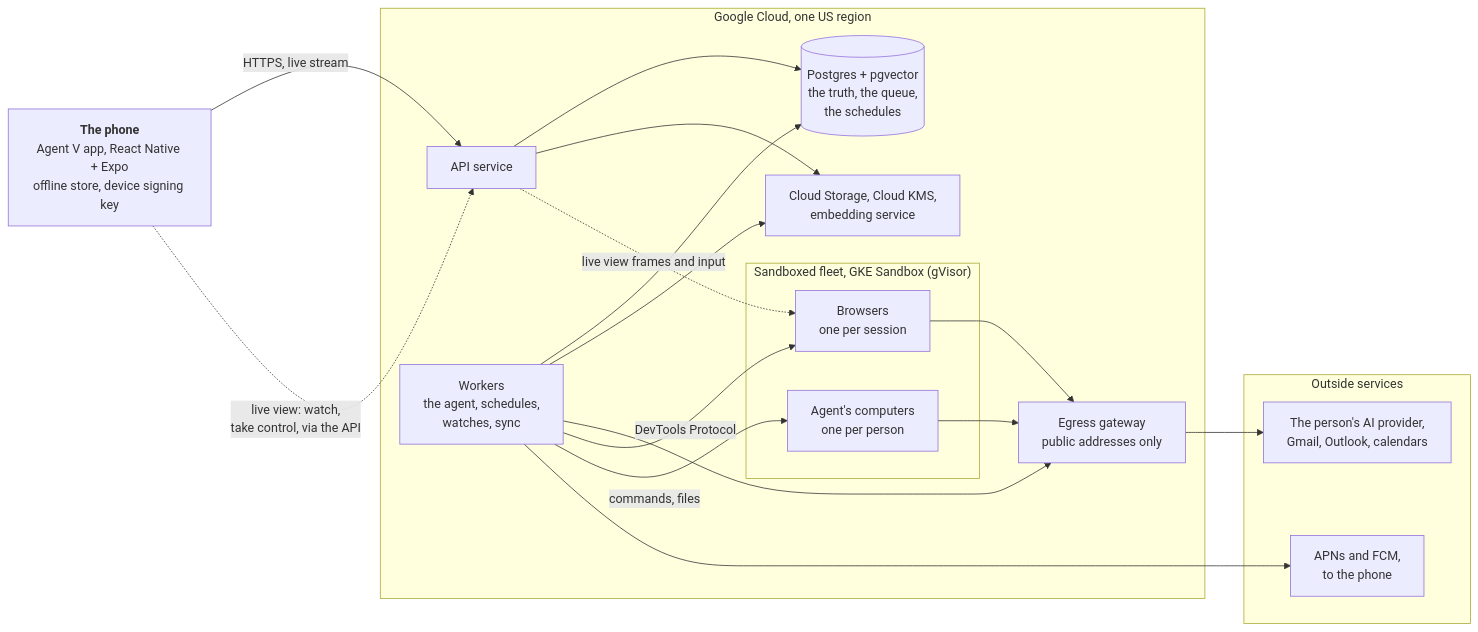
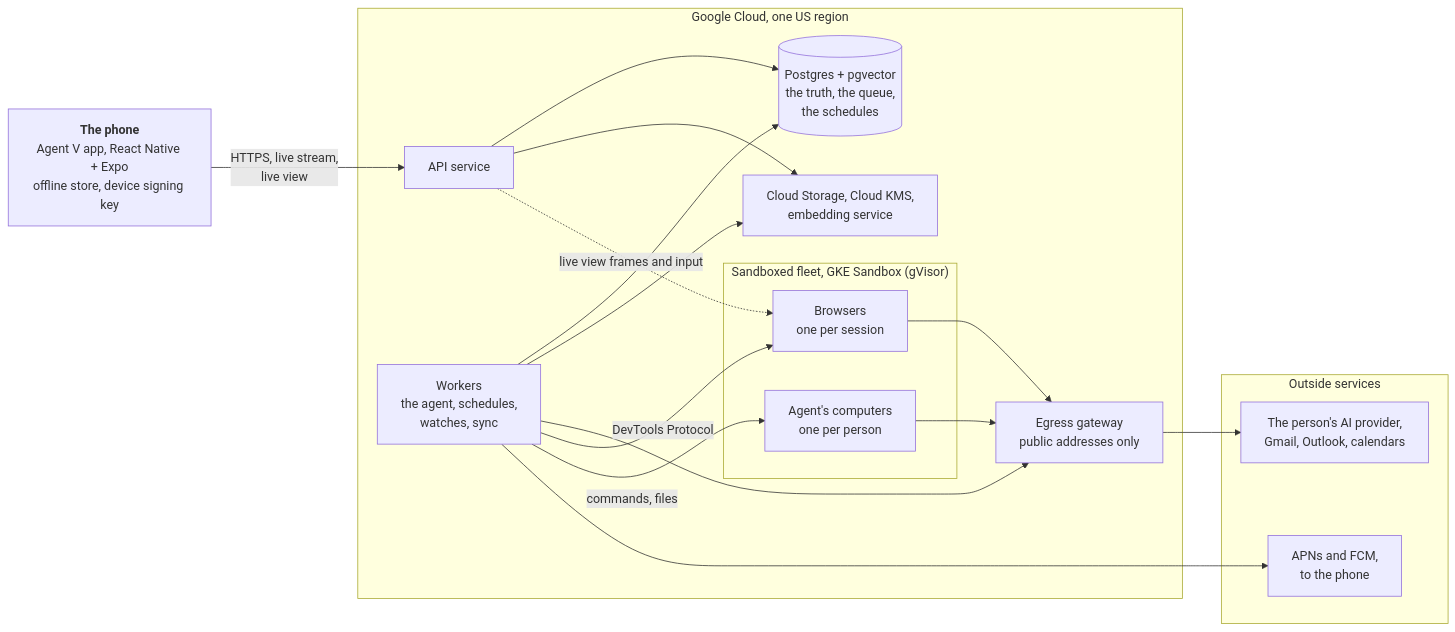
The diagram in docs/design/06-technical-design.md (vyotiqai/agent-v), drawn with Mermaid before and after one commit. The commit also changed other lines of this file and 7 other files, not shown here.

````diff
--- a/docs/design/06-technical-design.md
+++ b/docs/design/06-technical-design.md
@@ -32,35 +34,34 @@
 ```mermaid
 flowchart LR
   App["<b>The phone</b><br/>Agent V app, React Native + Expo<br/>offline store, device signing key"]
 
   subgraph GCP["Google Cloud, one US region"]
     API["API service"]
     Workers["Workers<br/>the agent, schedules,<br/>watches, sync"]
     DB[("Postgres + pgvector<br/>the truth, the queue,<br/>the schedules")]
     Side["Cloud Storage, Cloud KMS,<br/>embedding service"]
     Egress["Egress gateway<br/>public addresses only"]
     subgraph Fleet["Sandboxed fleet, GKE Sandbox (gVisor)"]
       Browser["Browsers<br/>one per session"]
       Sandbox["Agent's computers<br/>one per person"]
     end
   end
 
   subgraph Outside["Outside services"]
     Net["The person's AI provider,<br/>Gmail, Outlook, calendars"]
     Push["APNs and FCM,<br/>to the phone"]
   end
 
-  App -->|"HTTPS, live stream"| API
-  App -.->|"live view: watch,<br/>take control, via the API"| API
+  App -->|"HTTPS, live stream,<br/>live view"| API
   API --> DB
   API --> Side
   API -.->|"live view frames and input"| Browser
   Workers --> DB
   Workers --> Side
   Workers --> Egress --> Net
   Workers -->|"DevTools Protocol"| Browser
   Workers -->|"commands, files"| Sandbox
   Browser --> Egress
   Sandbox --> Egress
   Workers --> Push
 ```
````
